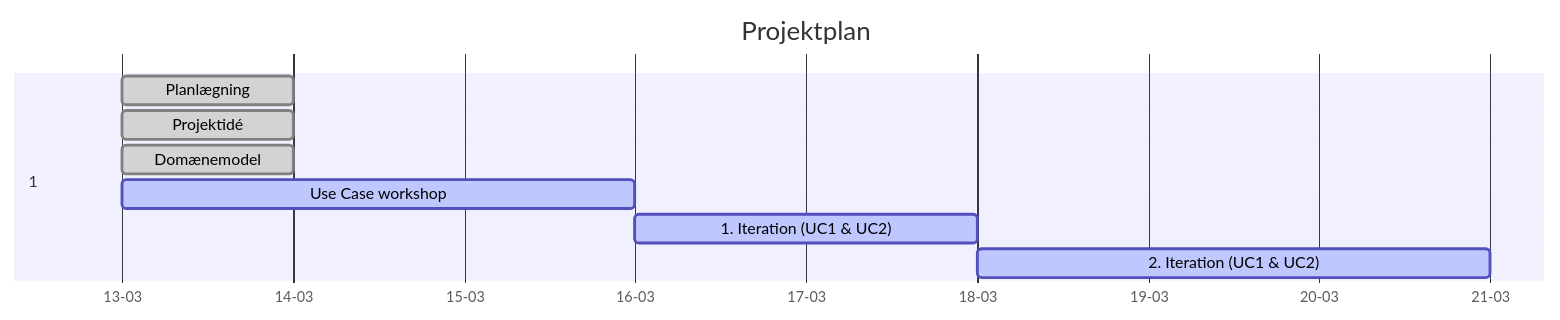
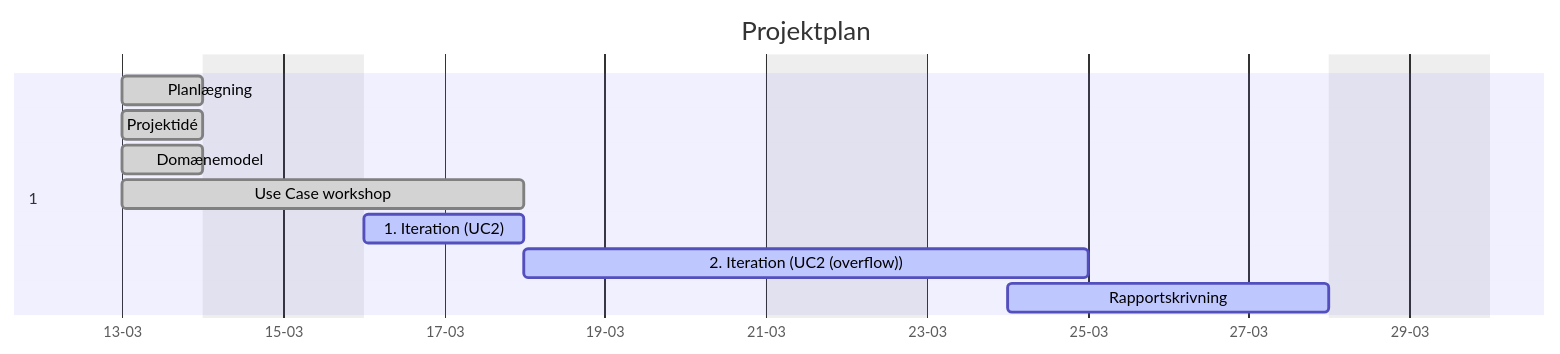
Before and after one commit to MatiasHeiberg/sibdat25-SysUd_SofArk_Project: the first of 4 diagrams in docs/notes/Gantt.md, drawn with Mermaid. The commit also changed other lines of this file and 3 other files, not shown here.

````diff
--- a/docs/notes/Gantt.md
+++ b/docs/notes/Gantt.md
@@ -8,17 +8,20 @@
 ```mermaid
 gantt
     title Projektplan
     dateFormat  YYYY-MM-DD
     axisFormat  %d-%m
+    excludes weekends
 
     section 1
     Planlægning          :done,    p1, 2026-03-13, 1d
     Projektidé           :done,    p1, 2026-03-13, 1d
 	Domænemodel          :done,    p1, 2026-03-13, 1d
-	Use Case workshop    :active,  p1, 2026-03-13, 3d
-	1. Iteration (UC1 & UC2)    :active,  p1, 2026-03-16, 2d
-	2. Iteration (UC1 & UC2)    :active,  p1, 2026-03-18, 3d
+	Use Case workshop    :done,    p1, 2026-03-13, 3d
+	1. Iteration (UC2)   :active,  p1, 2026-03-16, 2d
+	2. Iteration (UC2 (overflow))   :active,  p1, 2026-03-18, 5d
+	Rapportskrivning     :active,  p1, 2026-03-24, 4d
+
 
 
     
 ```
````
